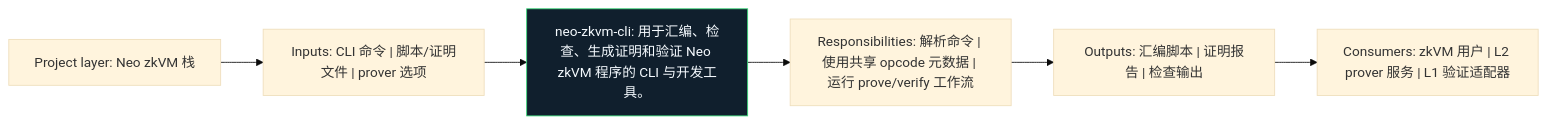
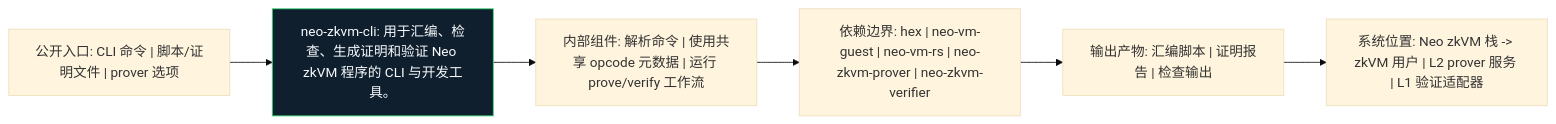
One commit to r3e-network/neo-zkvm changed the diagram in crates/neo-zkvm-cli/docs/figures/architecture.zh.mmd. Above: the diagram before and after it, drawn with Mermaid (base theme). The commit also changed 97 other files, not shown here.

```diff
--- a/crates/neo-zkvm-cli/docs/figures/architecture.zh.mmd
+++ b/crates/neo-zkvm-cli/docs/figures/architecture.zh.mmd
@@ -1,14 +1,14 @@
 flowchart LR
-    N1["Project layer: Neo zkVM 栈"]
-    N2["Inputs: CLI 命令 | 脚本/证明文件 | prover 选项"]
-    N3["neo-zkvm-cli: 用于汇编、检查、生成证明和验证 Neo zkVM 程序的 CLI 与开发工具。"]
-    N4["Responsibilities: 解析命令 | 使用共享 opcode 元数据 | 运行 prove/verify 工作流"]
-    N5["Outputs: 汇编脚本 | 证明报告 | 检查输出"]
-    N6["Consumers: zkVM 用户 | L2 prover 服务 | L1 验证适配器"]
+    N1["公开入口: CLI 命令 | 脚本/证明文件 | prover 选项"]
+    N2["neo-zkvm-cli: 用于汇编、检查、生成证明和验证 Neo zkVM 程序的 CLI 与开发工具。"]
+    N3["内部组件: 解析命令 | 使用共享 opcode 元数据 | 运行 prove/verify 工作流"]
+    N4["依赖边界: hex | neo-vm-guest | neo-vm-rs | neo-zkvm-prover | neo-zkvm-verifier"]
+    N5["输出产物: 汇编脚本 | 证明报告 | 检查输出"]
+    N6["系统位置: Neo zkVM 栈 -> zkVM 用户 | L2 prover 服务 | L1 验证适配器"]
     N1 --> N2
     N2 --> N3
     N3 --> N4
     N4 --> N5
     N5 --> N6
     classDef crate fill:#101f2d,stroke:#38d978,color:#f6fbff
-    class N3 crate
+    class N2 crate
```
